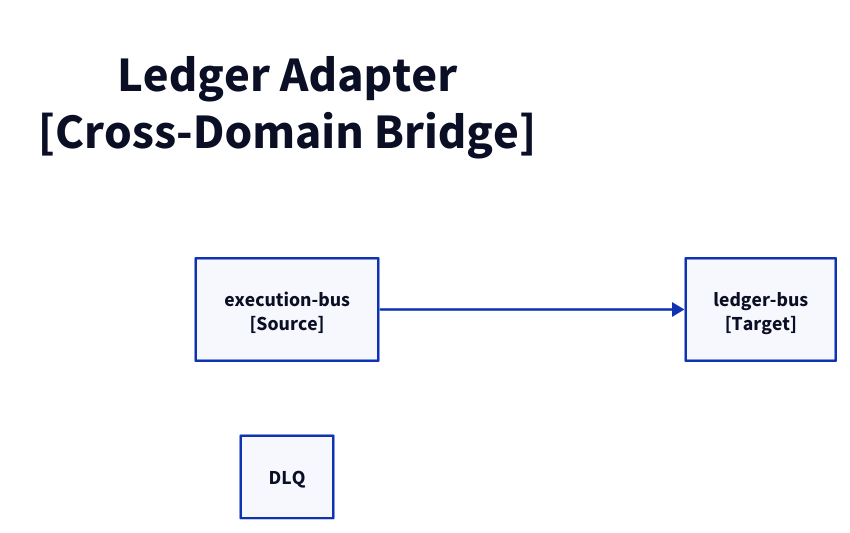
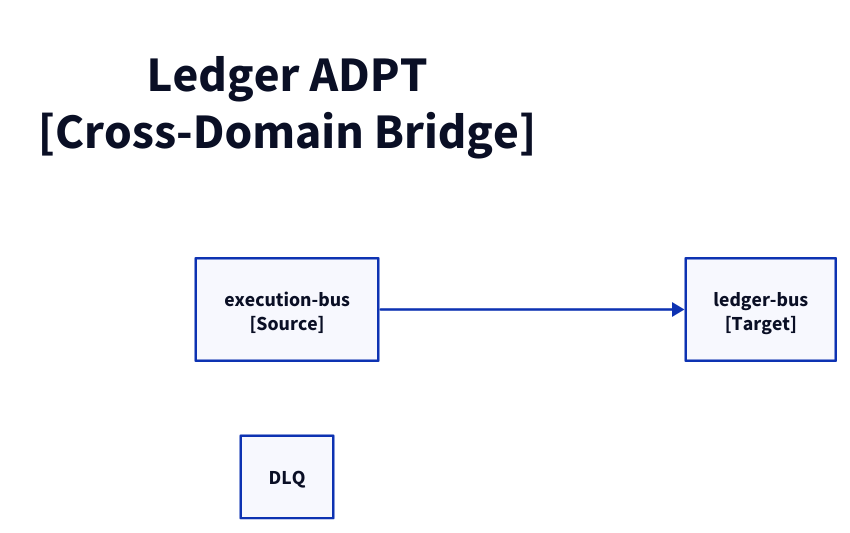
One commit to fabio-vitali/nestfolio changed the diagram in docs/architecture/c3/ledger-adpt.d2. Above: the diagram before and after it, drawn with D2. The commit also changed 57 other files, not shown here.

Commit message:
fix: c4 diagrams fixes

```diff
--- a/docs/architecture/c3/ledger-adpt.d2
+++ b/docs/architecture/c3/ledger-adpt.d2
@@ -1,13 +1,13 @@
 direction: right
 
-title: "Ledger Adapter\n[Cross-Domain Bridge]" {
+title: "Ledger ADPT\n[Cross-Domain Bridge]" {
   style: { font-size: 40; bold: true; fill: transparent; stroke: transparent }
 }
 
 target: "ledger-bus\n[Target]" { class: aws-eventbridge }
 
 ledger-ingress-from-execution: "execution-bus\n[Source]" { class: aws-eventbridge }
 ledger-ingress-from-execution-dlq: "DLQ" { class: aws-dlq }
 ledger-ingress-from-execution -> target
 
 # Flows
```
